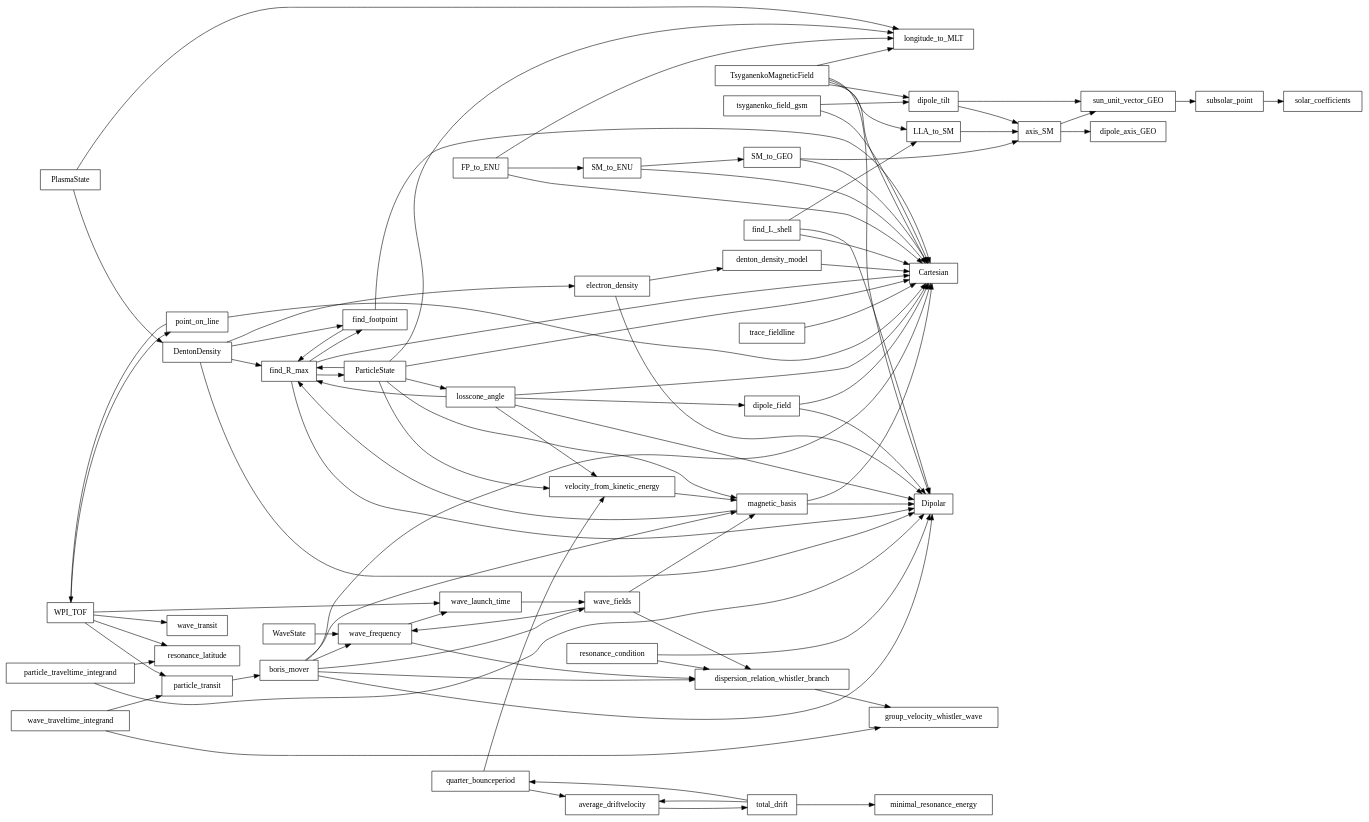
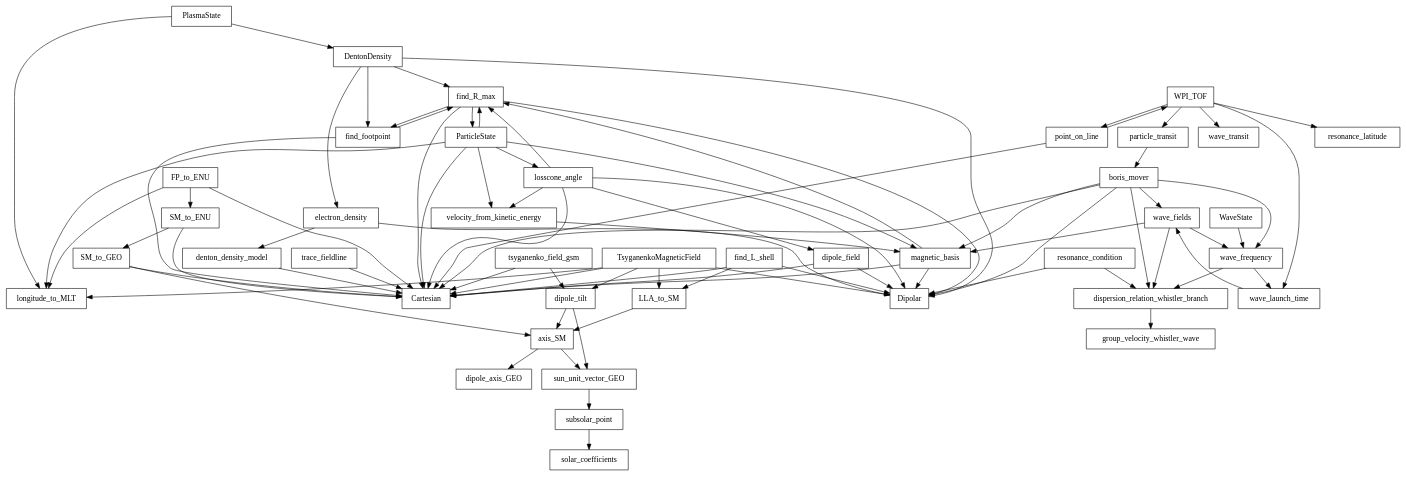
One commit to AnettTh/PsAURORA.jl changed the diagram in callgraph.dot. Above: the diagram before and after it, drawn with Graphviz. The commit also changed 4 other files, not shown here.

```diff
--- a/callgraph.dot
+++ b/callgraph.dot
@@ -1,93 +1,124 @@
-digraph G { rankdir=LR; node [shape=box];
+digraph G { rankdir=TB; node [shape=box];
+  "Cartesian";
+  "DentonDensity";
+  "Dipolar";
+  "FP_to_ENU";
+  "LLA_to_SM";
+  "ParticleState";
+  "PlasmaState";
+  "SM_to_ENU";
+  "SM_to_GEO";
+  "TsyganenkoMagneticField";
+  "WPI_TOF";
+  "WaveState";
+  "axis_SM";
+  "boris_mover";
+  "denton_density_model";
+  "dipole_axis_GEO";
+  "dipole_field";
+  "dipole_tilt";
+  "dispersion_relation_whistler_branch";
+  "electron_density";
+  "find_L_shell";
+  "find_R_max";
+  "find_footpoint";
+  "group_velocity_whistler_wave";
+  "longitude_to_MLT";
+  "losscone_angle";
+  "magnetic_basis";
+  "particle_transit";
+  "point_on_line";
+  "resonance_condition";
+  "resonance_latitude";
+  "solar_coefficients";
+  "subsolar_point";
+  "sun_unit_vector_GEO";
+  "trace_fieldline";
+  "tsyganenko_field_gsm";
+  "velocity_from_kinetic_energy";
+  "wave_fields";
+  "wave_frequency";
+  "wave_launch_time";
+  "wave_transit";
   "DentonDensity" -> "Dipolar";
   "DentonDensity" -> "electron_density";
   "DentonDensity" -> "find_R_max";
   "DentonDensity" -> "find_footpoint";
   "FP_to_ENU" -> "Cartesian";
   "FP_to_ENU" -> "SM_to_ENU";
   "FP_to_ENU" -> "longitude_to_MLT";
   "LLA_to_SM" -> "axis_SM";
   "ParticleState" -> "Cartesian";
   "ParticleState" -> "find_R_max";
   "ParticleState" -> "longitude_to_MLT";
   "ParticleState" -> "losscone_angle";
   "ParticleState" -> "magnetic_basis";
   "ParticleState" -> "velocity_from_kinetic_energy";
   "PlasmaState" -> "DentonDensity";
   "PlasmaState" -> "longitude_to_MLT";
   "SM_to_ENU" -> "Cartesian";
   "SM_to_ENU" -> "SM_to_GEO";
   "SM_to_GEO" -> "Cartesian";
   "SM_to_GEO" -> "axis_SM";
   "TsyganenkoMagneticField" -> "Cartesian";
   "TsyganenkoMagneticField" -> "Dipolar";
   "TsyganenkoMagneticField" -> "LLA_to_SM";
   "TsyganenkoMagneticField" -> "dipole_tilt";
   "TsyganenkoMagneticField" -> "longitude_to_MLT";
   "WPI_TOF" -> "particle_transit";
   "WPI_TOF" -> "point_on_line";
   "WPI_TOF" -> "resonance_latitude";
   "WPI_TOF" -> "wave_launch_time";
   "WPI_TOF" -> "wave_transit";
   "WaveState" -> "wave_frequency";
-  "average_driftvelocity" -> "total_drift";
   "axis_SM" -> "dipole_axis_GEO";
   "axis_SM" -> "sun_unit_vector_GEO";
   "boris_mover" -> "Cartesian";
   "boris_mover" -> "Dipolar";
   "boris_mover" -> "dispersion_relation_whistler_branch";
   "boris_mover" -> "magnetic_basis";
   "boris_mover" -> "wave_fields";
   "boris_mover" -> "wave_frequency";
   "denton_density_model" -> "Cartesian";
   "dipole_field" -> "Cartesian";
   "dipole_field" -> "Dipolar";
   "dipole_tilt" -> "axis_SM";
   "dipole_tilt" -> "sun_unit_vector_GEO";
   "dispersion_relation_whistler_branch" -> "group_velocity_whistler_wave";
   "electron_density" -> "Dipolar";
   "electron_density" -> "denton_density_model";
   "find_L_shell" -> "Cartesian";
   "find_L_shell" -> "Dipolar";
   "find_L_shell" -> "LLA_to_SM";
   "find_R_max" -> "Cartesian";
   "find_R_max" -> "Dipolar";
   "find_R_max" -> "ParticleState";
   "find_R_max" -> "find_footpoint";
   "find_footpoint" -> "Cartesian";
   "find_footpoint" -> "find_R_max";
   "losscone_angle" -> "Cartesian";
   "losscone_angle" -> "Dipolar";
   "losscone_angle" -> "dipole_field";
   "losscone_angle" -> "find_R_max";
   "losscone_angle" -> "velocity_from_kinetic_energy";
   "magnetic_basis" -> "Cartesian";
   "magnetic_basis" -> "Dipolar";
   "magnetic_basis" -> "find_R_max";
   "particle_transit" -> "boris_mover";
-  "particle_traveltime_integrand" -> "Dipolar";
-  "particle_traveltime_integrand" -> "resonance_latitude";
   "point_on_line" -> "Cartesian";
   "point_on_line" -> "WPI_TOF";
-  "quarter_bounceperiod" -> "average_driftvelocity";
-  "quarter_bounceperiod" -> "velocity_from_kinetic_energy";
   "resonance_condition" -> "Dipolar";
   "resonance_condition" -> "dispersion_relation_whistler_branch";
   "subsolar_point" -> "solar_coefficients";
   "sun_unit_vector_GEO" -> "subsolar_point";
-  "total_drift" -> "average_driftvelocity";
-  "total_drift" -> "minimal_resonance_energy";
-  "total_drift" -> "quarter_bounceperiod";
   "trace_fieldline" -> "Cartesian";
   "tsyganenko_field_gsm" -> "Cartesian";
   "tsyganenko_field_gsm" -> "dipole_tilt";
   "velocity_from_kinetic_energy" -> "magnetic_basis";
   "wave_fields" -> "dispersion_relation_whistler_branch";
   "wave_fields" -> "magnetic_basis";
   "wave_fields" -> "wave_frequency";
   "wave_frequency" -> "dispersion_relation_whistler_branch";
   "wave_frequency" -> "wave_launch_time";
   "wave_launch_time" -> "wave_fields";
-  "wave_traveltime_integrand" -> "group_velocity_whistler_wave";
-  "wave_traveltime_integrand" -> "particle_transit";
 }
```
